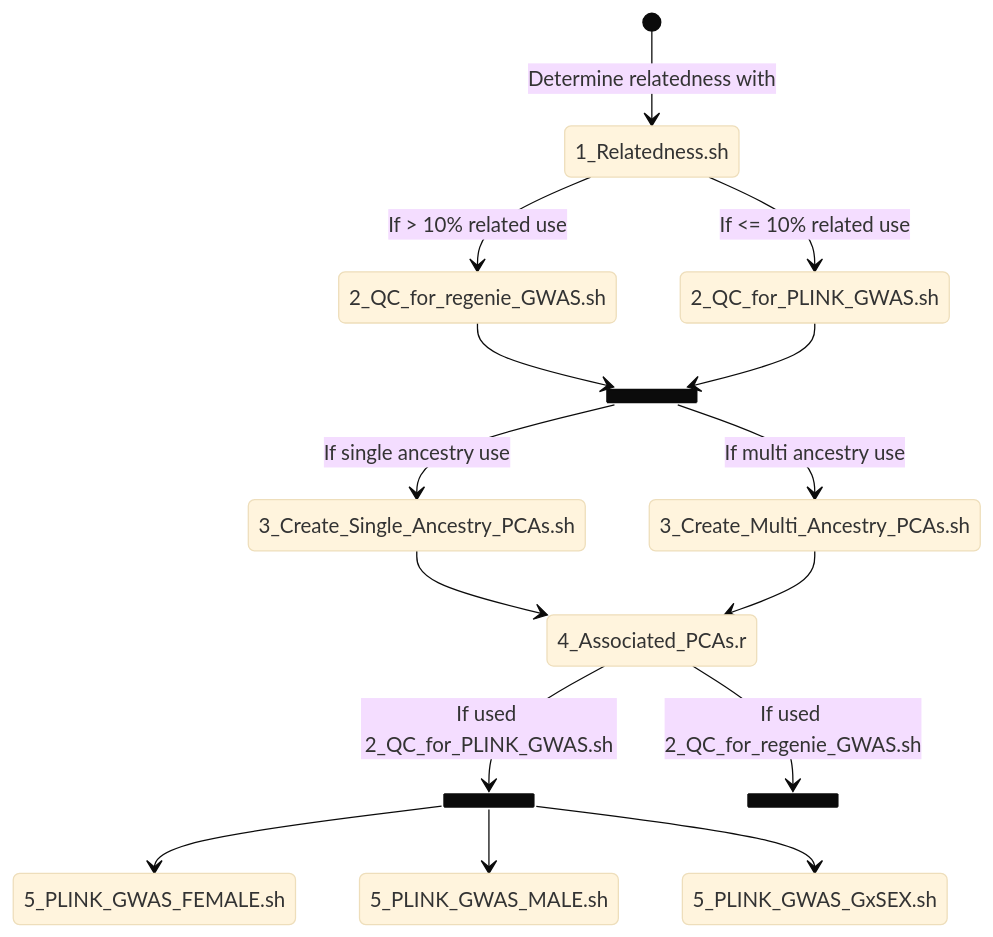
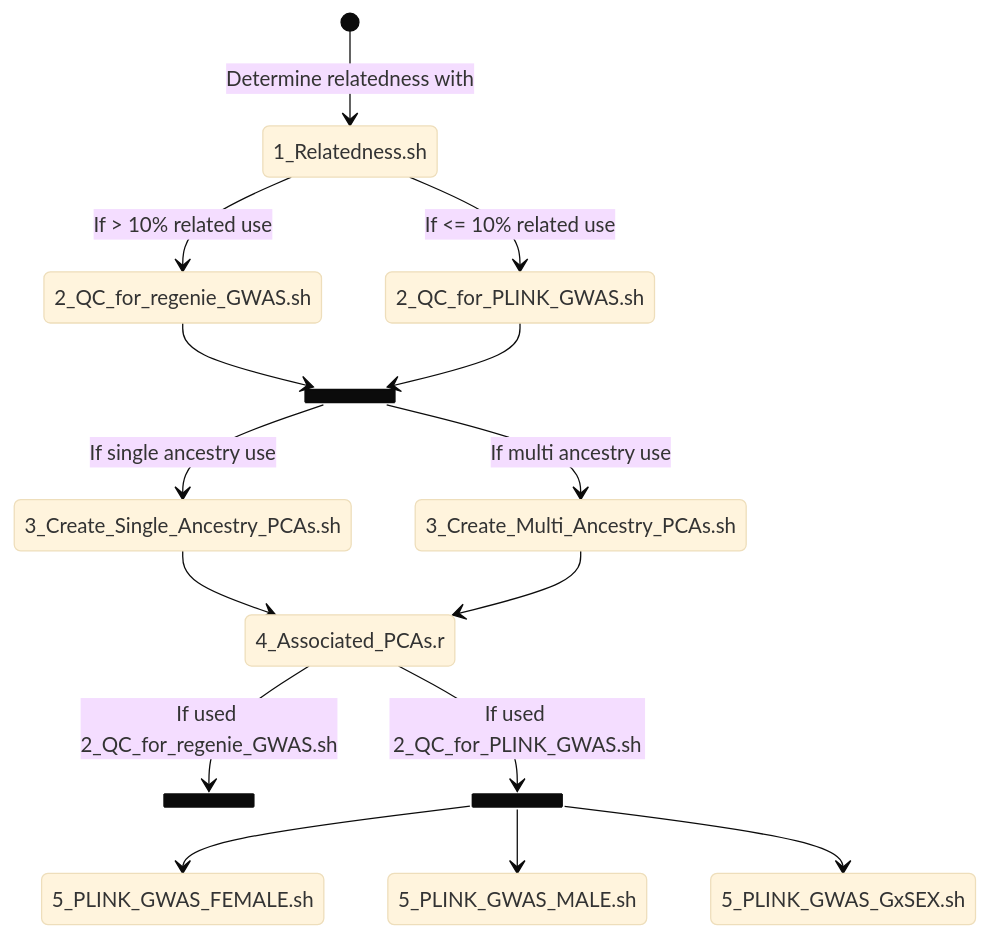
The diagram in README.md (psychiatric-genomics-consortium/sex-stratified-depression), drawn with Mermaid (base theme) before and after one commit. The commit also changed other lines of this file, not shown here.

````diff
--- a/README.md
+++ b/README.md
@@ -14,21 +14,21 @@
 ```mermaid
 stateDiagram-v2
  state anc <<join>>
+ state rel2 <<join>>
  state rel <<join>>
- state rel2 <<join>>
  [*] --> 1_Relatedness.sh : Determine relatedness with
  1_Relatedness.sh --> 2_QC_for_regenie_GWAS.sh : If > 10% related use
  1_Relatedness.sh --> 2_QC_for_PLINK_GWAS.sh : If <= 10% related use
  2_QC_for_regenie_GWAS.sh --> anc
  2_QC_for_PLINK_GWAS.sh --> anc
  anc --> 3_Create_Single_Ancestry_PCAs.sh : If single ancestry use
  anc --> 3_Create_Multi_Ancestry_PCAs.sh : If multi ancestry use
  3_Create_Single_Ancestry_PCAs.sh --> 4_Associated_PCAs.r
  3_Create_Multi_Ancestry_PCAs.sh --> 4_Associated_PCAs.r
  4_Associated_PCAs.r --> rel2 : If used 2_QC_for_regenie_GWAS.sh
  4_Associated_PCAs.r --> rel : If used 2_QC_for_PLINK_GWAS.sh
  rel --> 5_PLINK_GWAS_FEMALE.sh
  rel --> 5_PLINK_GWAS_MALE.sh
  rel --> 5_PLINK_GWAS_GxSEX.sh
  
 ```
````
